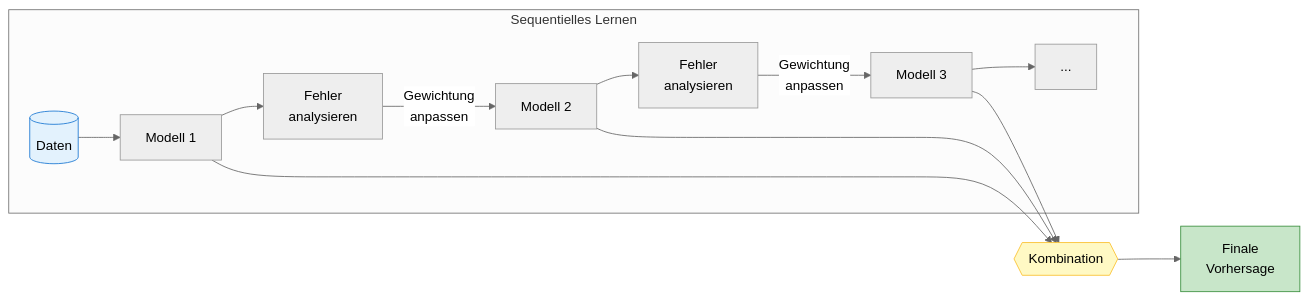
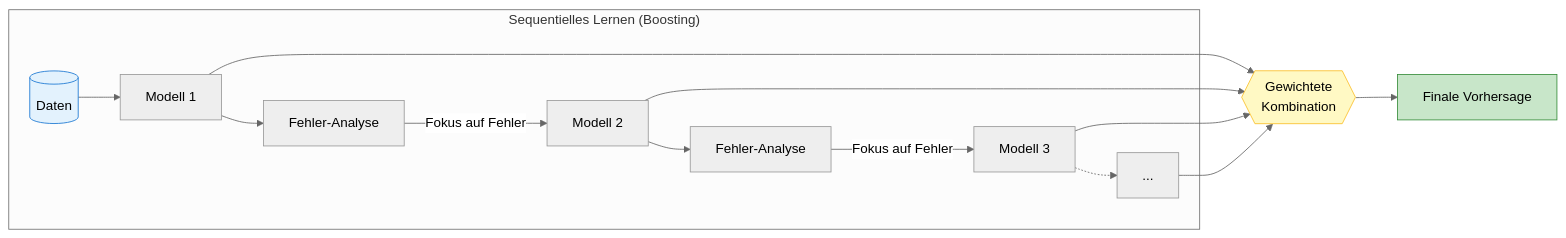
One commit to ralf-42/ML_Intro changed the fourth of 5 diagrams in docs/concepts/modeling/ensemble.md. Above: the diagram before and after it, drawn with Mermaid (neutral theme). The commit also changed other lines of this file and 7 other files, not shown here.

````diff
--- a/docs/concepts/modeling/ensemble.md
+++ b/docs/concepts/modeling/ensemble.md
@@ -172,21 +166,18 @@
 ```mermaid
 flowchart LR
-    subgraph Seq["Sequentielles Lernen"]
+    subgraph Seq["Sequentielles Lernen (Boosting)"]
         D[("Daten")] --> M1["Modell 1"]
-        M1 --> E1["Fehler<br>analysieren"]
-        E1 --> |"Gewichtung<br>anpassen"| M2["Modell 2"]
-        M2 --> E2["Fehler<br>analysieren"]
-        E2 --> |"Gewichtung<br>anpassen"| M3["Modell 3"]
-        M3 --> EN["..."]
+        M1 --> E1["Fehler-Analyse"]
+        E1 -->|"Fokus auf Fehler"| M2["Modell 2"]
+        M2 --> E2["Fehler-Analyse"]
+        E2 -->|"Fokus auf Fehler"| M3["Modell 3"]
+        M3 -.-> MN["..."]
     end
-    
-    M1 --> K{{"Kombination"}}
-    M2 --> K
-    M3 --> K
-    
-    K --> P["Finale<br>Vorhersage"]
-    
+
+    M1 & M2 & M3 & MN --> K{{"Gewichtete<br/>Kombination"}}
+    K --> P["Finale Vorhersage"]
+
     style D fill:#e3f2fd,stroke:#1976d2
     style K fill:#fff9c4,stroke:#fbc02d
     style P fill:#c8e6c9,stroke:#388e3c
 ```
````
